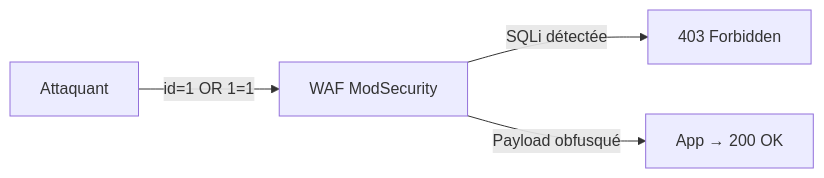
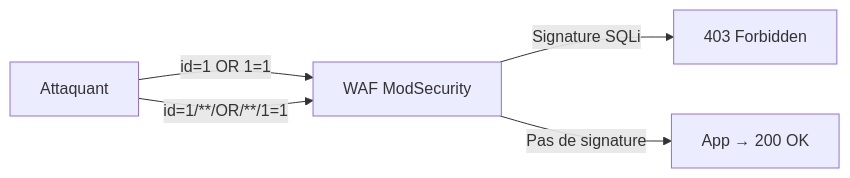
Before and after one commit to yugmerabtene/techniques-de-hacking-niveau-1: the second of 2 diagrams in JOUR-03.md, drawn with Mermaid. The commit also changed other lines of this file and 12 other files, not shown here.

````diff
--- a/JOUR-03.md
+++ b/JOUR-03.md
@@ -191,6 +157,7 @@
 ```mermaid
 flowchart LR
     A["Attaquant"] -->|"id=1 OR 1=1"| B["WAF ModSecurity"]
-    B -->|"SQLi détectée"| C["403 Forbidden"]
-    B -->|"Payload obfusqué"| D["App → 200 OK"]
+    B -->|"Signature SQLi"| C["403 Forbidden"]
+    A -->|"id=1/**/OR/**/1=1"| B
+    B -->|"Pas de signature"| D["App → 200 OK"]
 ```
````
